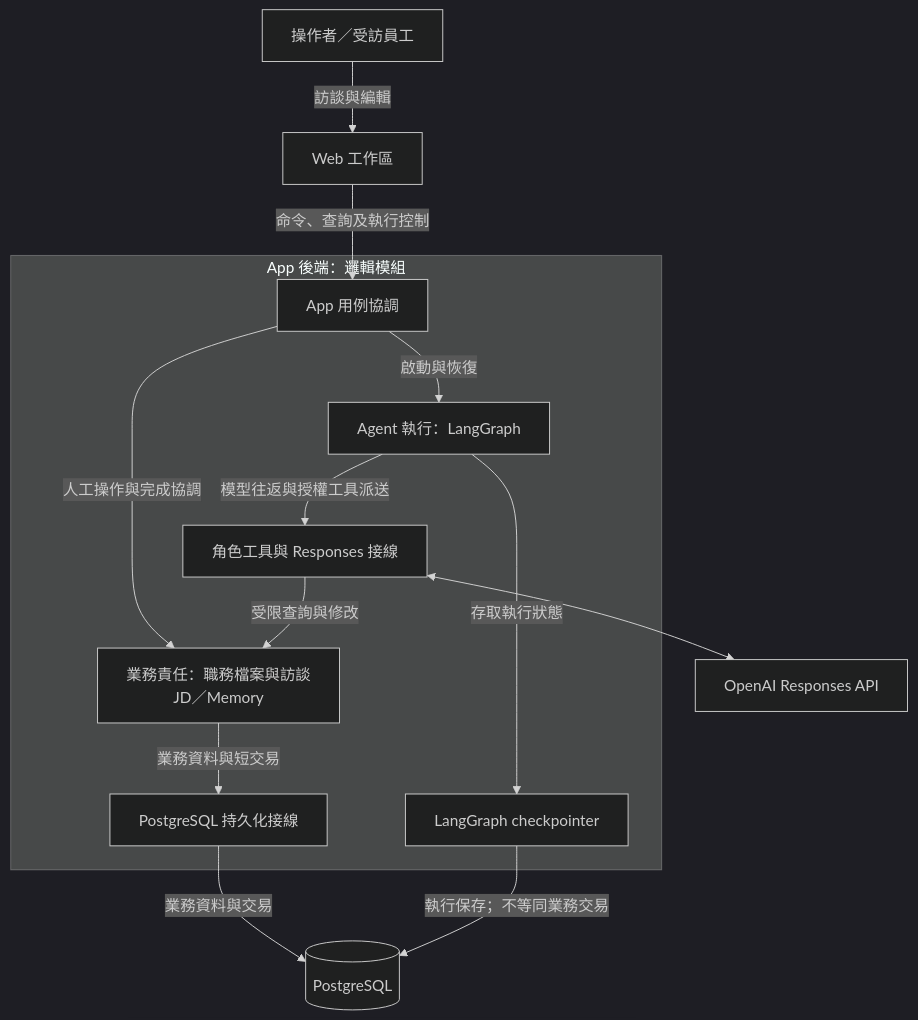
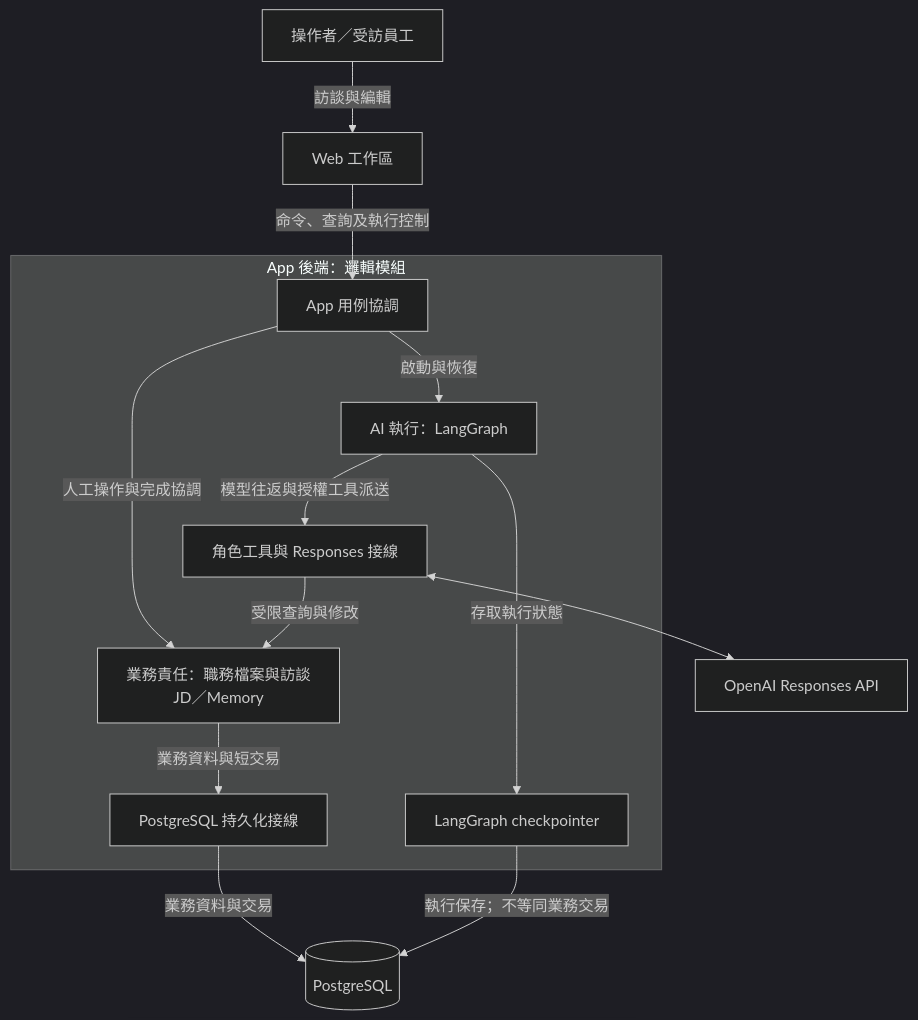
One commit to JD-Consultant/Caliburn changed the diagram in docs/architecture/system-boundaries.md. Above: the diagram before and after it, drawn with Mermaid (dark theme). The commit also changed other lines of this file and 9 other files, not shown here.

Commit message:
docs: clarify architecture and professor-facing explanations

````diff
--- a/docs/architecture/system-boundaries.md
+++ b/docs/architecture/system-boundaries.md
@@ -21,16 +21,16 @@
 ```mermaid
 flowchart TB
   person[操作者／受訪員工] -->|訪談與編輯| web[Web 工作區]
   web -->|命令、查詢及執行控制| usecase[App 用例協調]
   subgraph backend[App 後端：邏輯模組]
-    usecase -->|啟動與恢復| execution[Agent 執行：LangGraph]
+    usecase -->|啟動與恢復| execution[AI 執行：LangGraph]
     usecase -->|人工操作與完成協調| domain[業務責任：職務檔案與訪談<br/>JD／Memory]
     execution -->|模型往返與授權工具派送| adapter[角色工具與 Responses 接線]
     adapter -->|受限查詢與修改| domain
     domain -->|業務資料與短交易| persistence[PostgreSQL 持久化接線]
     execution -->|存取執行狀態| checkpoint[LangGraph checkpointer]
   end
   adapter <--> provider[OpenAI Responses API]
   persistence -->|業務資料與交易| pg[(PostgreSQL)]
   checkpoint -->|執行保存；不等同業務交易| pg
 ```
````
